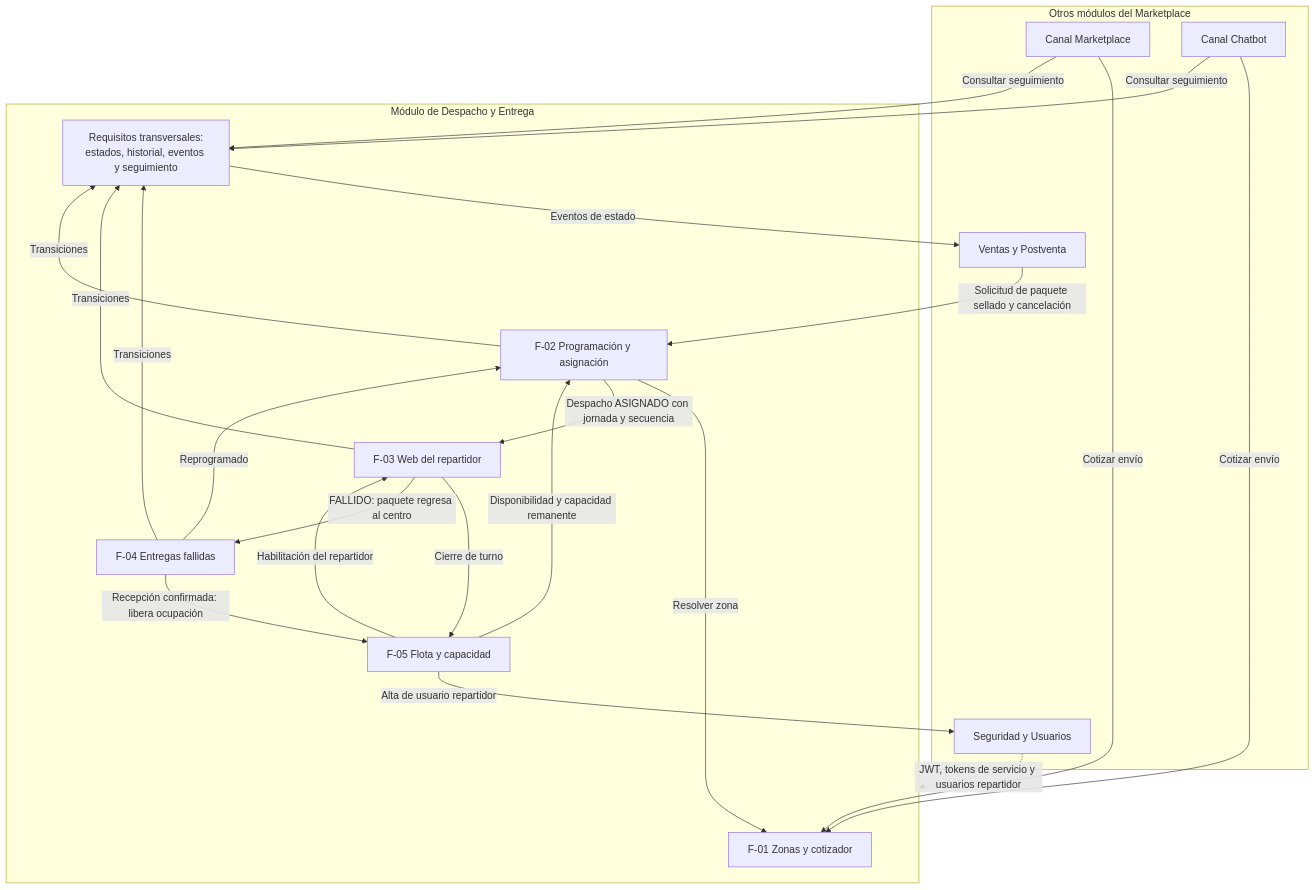
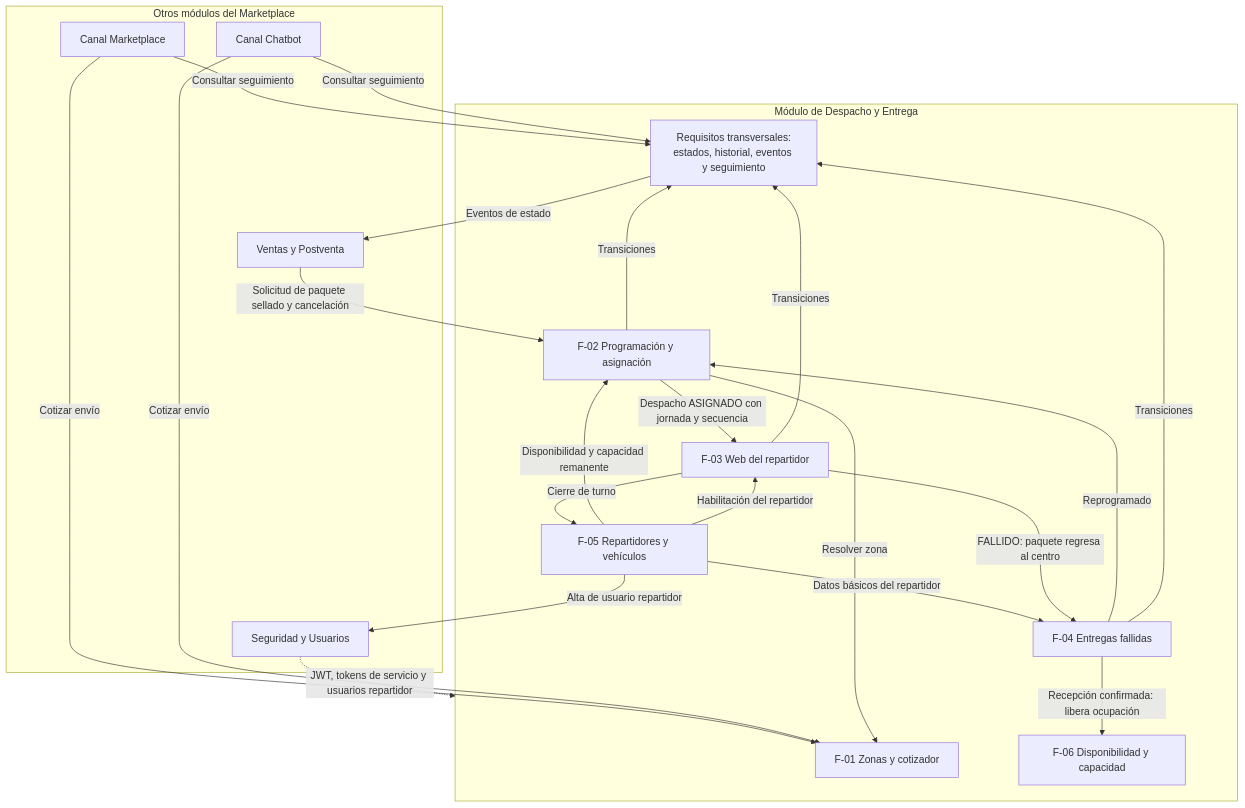
The diagram in overview.md (Taller-SW-Web/G2-Despacho-Specs), drawn with Mermaid before and after one commit. The commit also changed other lines of this file, not shown here.

````diff
--- a/overview.md
+++ b/overview.md
@@ -66,38 +66,40 @@
 ```mermaid
 graph TD
     subgraph Externos [Otros módulos del Marketplace]
         MKT[Canal Marketplace]
         CHT[Canal Chatbot]
         VEN[Ventas y Postventa]
         SEG[Seguridad y Usuarios]
     end
 
     subgraph Despacho [Módulo de Despacho y Entrega]
         F01["F-01 Zonas y cotizador"]
         F02["F-02 Programación y asignación"]
         F03["F-03 Web del repartidor"]
         F04["F-04 Entregas fallidas"]
-        F05["F-05 Flota y capacidad"]
+        F05["F-05 Repartidores y vehículos"]
+        F06["F-06 Disponibilidad y capacidad"]
         RT["Requisitos transversales:<br>estados, historial, eventos y seguimiento"]
     end
 
     MKT -->|Cotizar envío| F01
     CHT -->|Cotizar envío| F01
     VEN -->|Solicitud de paquete sellado y cancelación| F02
     F02 -->|Resolver zona| F01
     F05 -->|Disponibilidad y capacidad remanente| F02
     F02 -->|Despacho ASIGNADO con jornada y secuencia| F03
     F05 -->|Habilitación del repartidor| F03
+    F05 -->|Datos básicos del repartidor| F04
     F03 -->|Cierre de turno| F05
     F03 -->|FALLIDO: paquete regresa al centro| F04
-    F04 -->|Recepción confirmada: libera ocupación| F05
+    F04 -->|Recepción confirmada: libera ocupación| F06
     F04 -->|Reprogramado| F02
     F02 -->|Transiciones| RT
     F03 -->|Transiciones| RT
     F04 -->|Transiciones| RT
     RT -->|Eventos de estado| VEN
     MKT -->|Consultar seguimiento| RT
     CHT -->|Consultar seguimiento| RT
     SEG -.->|JWT, tokens de servicio y usuarios repartidor| Despacho
     F05 -->|Alta de usuario repartidor| SEG
 ```
````
